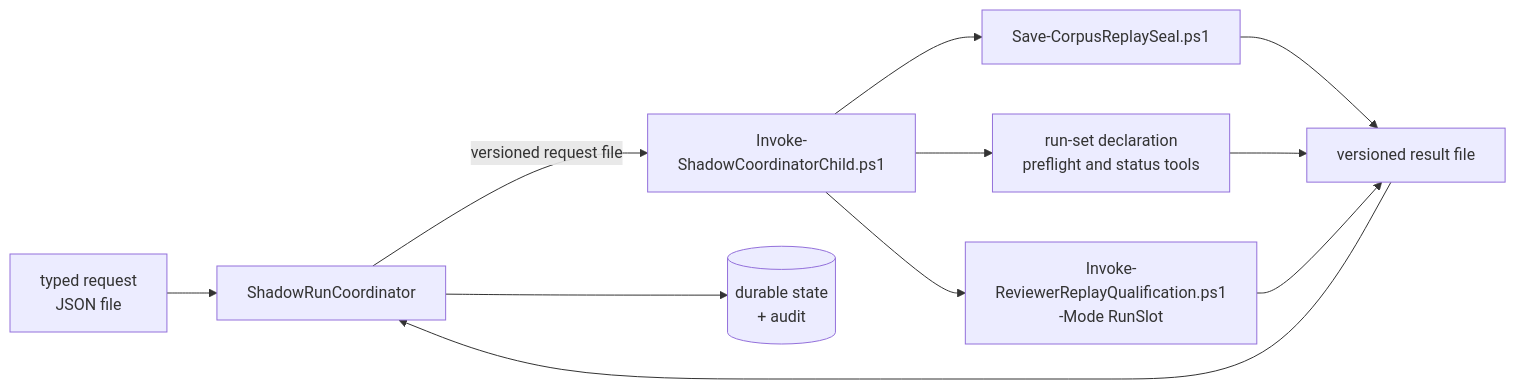
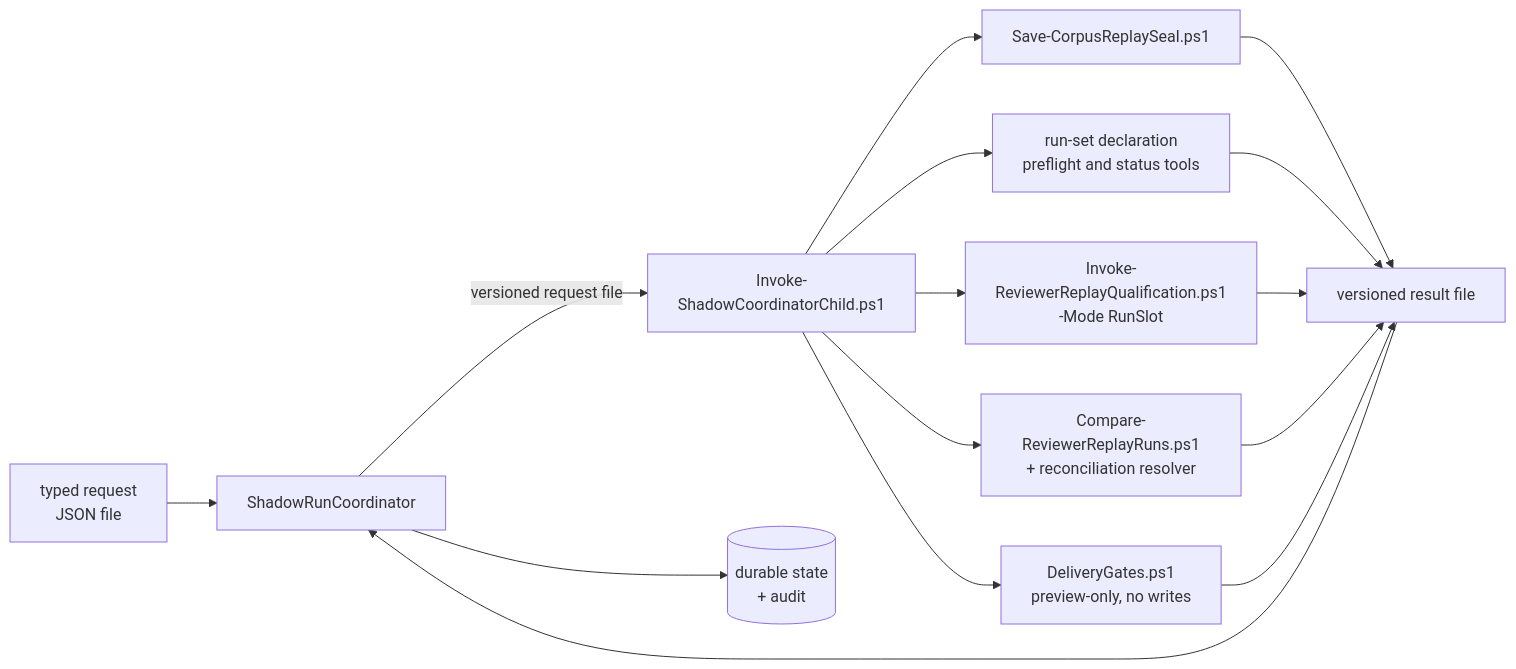
The diagram in docs/shadow-run-coordinator.md (joerob-msft/devpilot-agents), drawn with Mermaid before and after one commit. The commit also changed other lines of this file and 7 other files, not shown here.

````diff
--- a/docs/shadow-run-coordinator.md
+++ b/docs/shadow-run-coordinator.md
@@ -43,13 +43,17 @@
 ```mermaid
 flowchart LR
     R[typed request<br/>JSON file] --> C[ShadowRunCoordinator]
     C -->|versioned request file| A[Invoke-ShadowCoordinatorChild.ps1]
     A --> T1[Save-CorpusReplaySeal.ps1]
     A --> T2[run-set declaration<br/>preflight and status tools]
     A --> T3[Invoke-ReviewerReplayQualification.ps1<br/>-Mode RunSlot]
+    A --> T4[Compare-ReviewerReplayRuns.ps1<br/>+ reconciliation resolver]
+    A --> T5[DeliveryGates.ps1<br/>preview-only, no writes]
     T1 --> RF[versioned result file]
     T2 --> RF
     T3 --> RF
+    T4 --> RF
+    T5 --> RF
     RF --> C
     C --> S[(durable state<br/>+ audit)]
 ```
````
